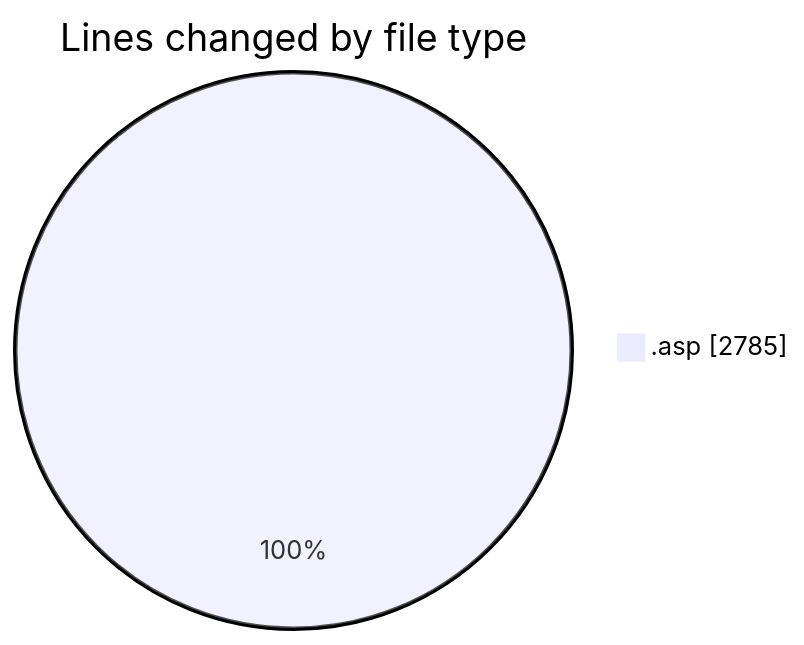
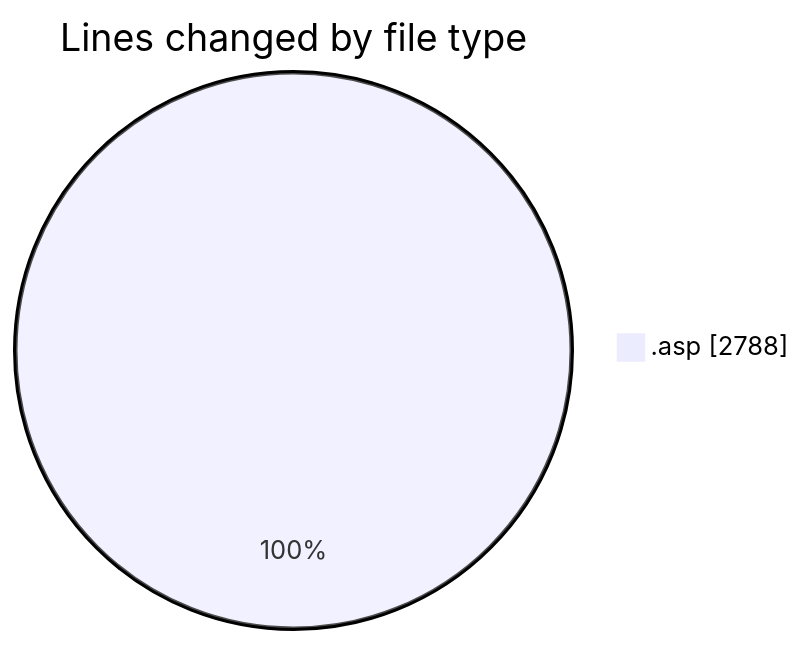
Before and after one commit to julien-gomy/code-tracking: the first of 2 diagrams in 2025-10-31/cdp_aleoudev_fr__workspace_/README.md, drawn with Mermaid. The commit also changed other lines of this file and 1 other file, not shown here.

````diff
--- a/2025-10-31/cdp_aleoudev_fr__workspace_/README.md
+++ b/2025-10-31/cdp_aleoudev_fr__workspace_/README.md
@@ -21,5 +21,5 @@
 ```mermaid
 pie showData
 title Lines changed by file type
-".asp" : 2785
+".asp" : 2788
 ```
````
